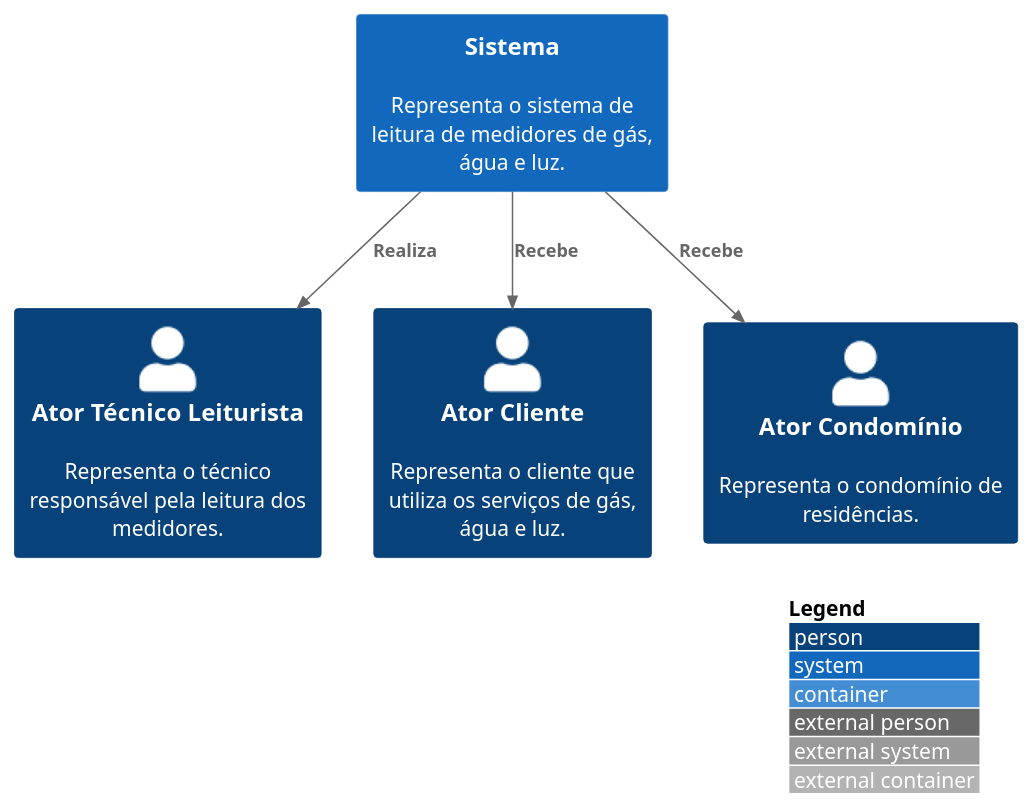
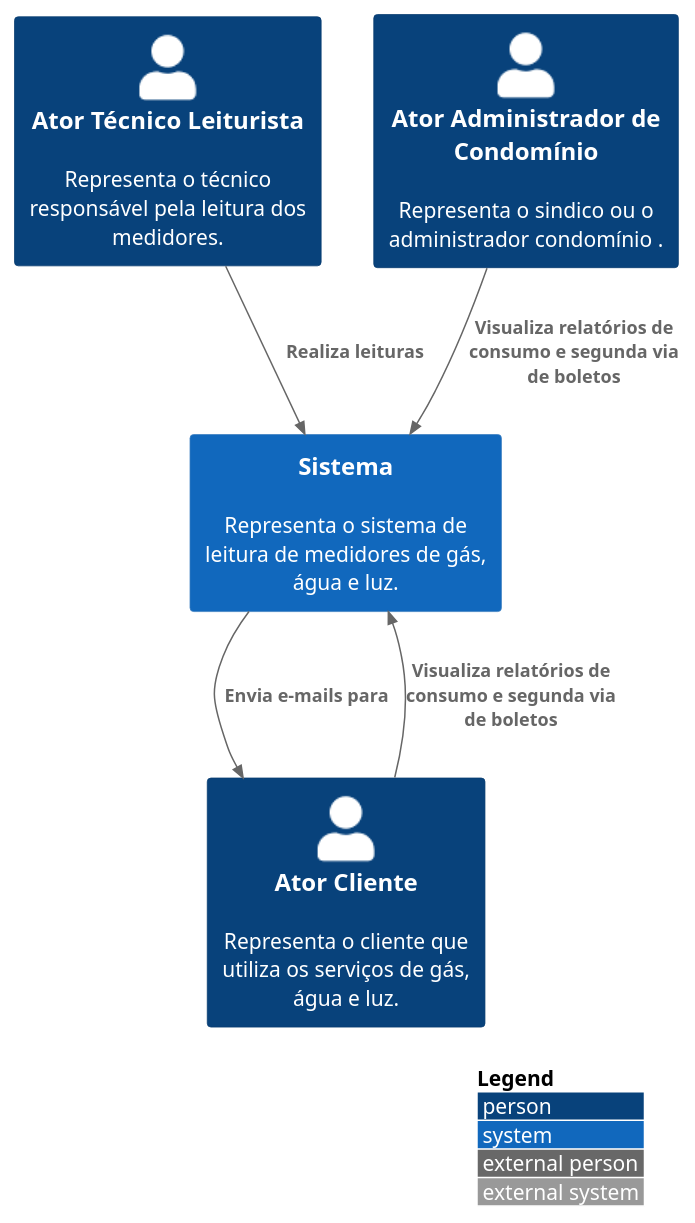
One commit to rafaellima-coder/arquitetura changed the diagram in src/Aplicativo de leitura/contexto.puml. Above: the diagram before and after it, drawn with PlantUML. The commit also changed 56 other files, not shown here.

Commit message:
Ajuste dos texto para demonstar o diagramas de contexto

```diff
--- a/src/Aplicativo de leitura/contexto.puml
+++ b/src/Aplicativo de leitura/contexto.puml
@@ -1,14 +1,16 @@
 @startuml
-!include https://raw.githubusercontent.com/adrianvlupu/C4-PlantUML/latest/C4_Container.puml
+!include https://raw.githubusercontent.com/adrianvlupu/C4-PlantUML/latest/C4_Context.puml
 
 LAYOUT_WITH_LEGEND()
 
 Person(Ator_Tecnico_Leiturista, "Ator Técnico Leiturista", "Representa o técnico responsável pela leitura dos medidores.")
 Person(Ator_Cliente, "Ator Cliente", "Representa o cliente que utiliza os serviços de gás, água e luz.")
-Person(Ator_Condominio, "Ator Condomínio", "Representa o condomínio de residências.")
+Person(Ator__Administrador_Condominio, "Ator Administrador de Condomínio", "Representa o sindico ou o administrador condomínio .")
 System(Sistema, "Sistema", "Representa o sistema de leitura de medidores de gás, água e luz.")
 
-Rel(Sistema, Ator_Tecnico_Leiturista, "Realiza")
-Rel(Sistema, Ator_Cliente, "Recebe")
-Rel(Sistema, Ator_Condominio, "Recebe")
+Rel(Ator_Tecnico_Leiturista, Sistema, "Realiza leituras")
+Rel(Ator_Cliente, Sistema, "Visualiza relatórios de consumo e segunda via de boletos")
+Rel(Ator__Administrador_Condominio, Sistema, "Visualiza relatórios de consumo e segunda via de boletos")
+Rel(Sistema,Ator_Cliente, "Envia e-mails para")
+
 @enduml
```
